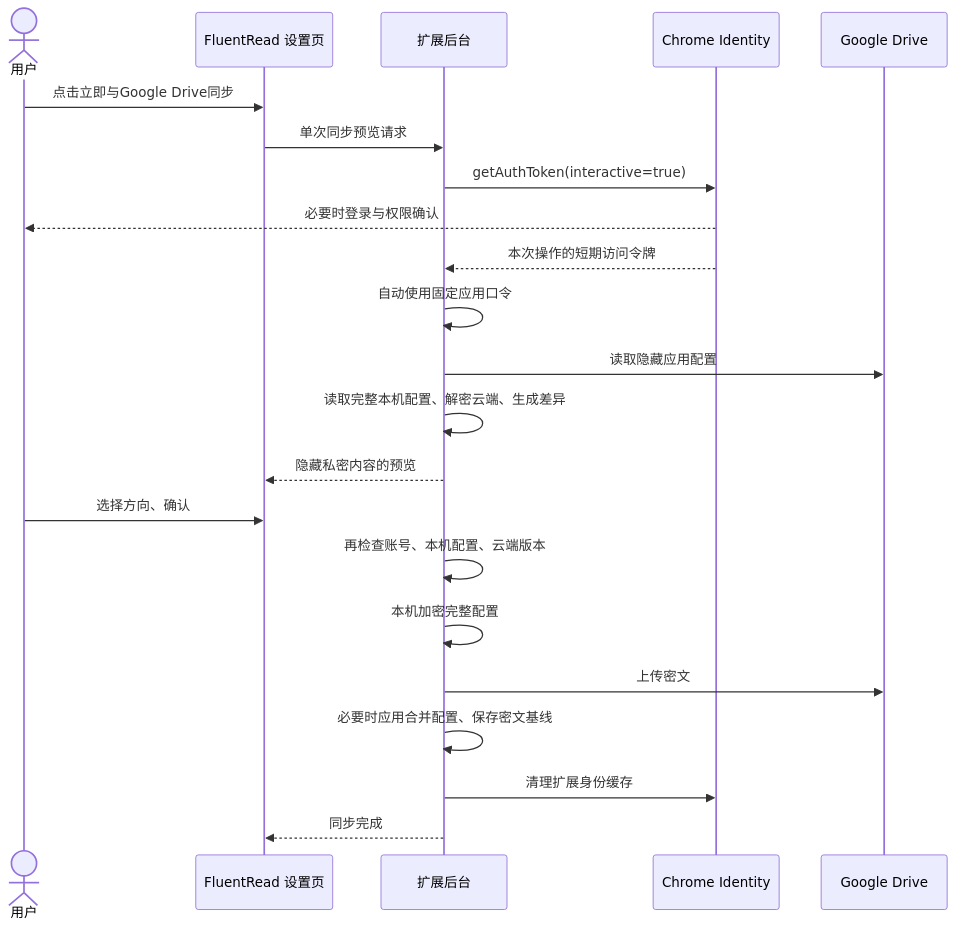
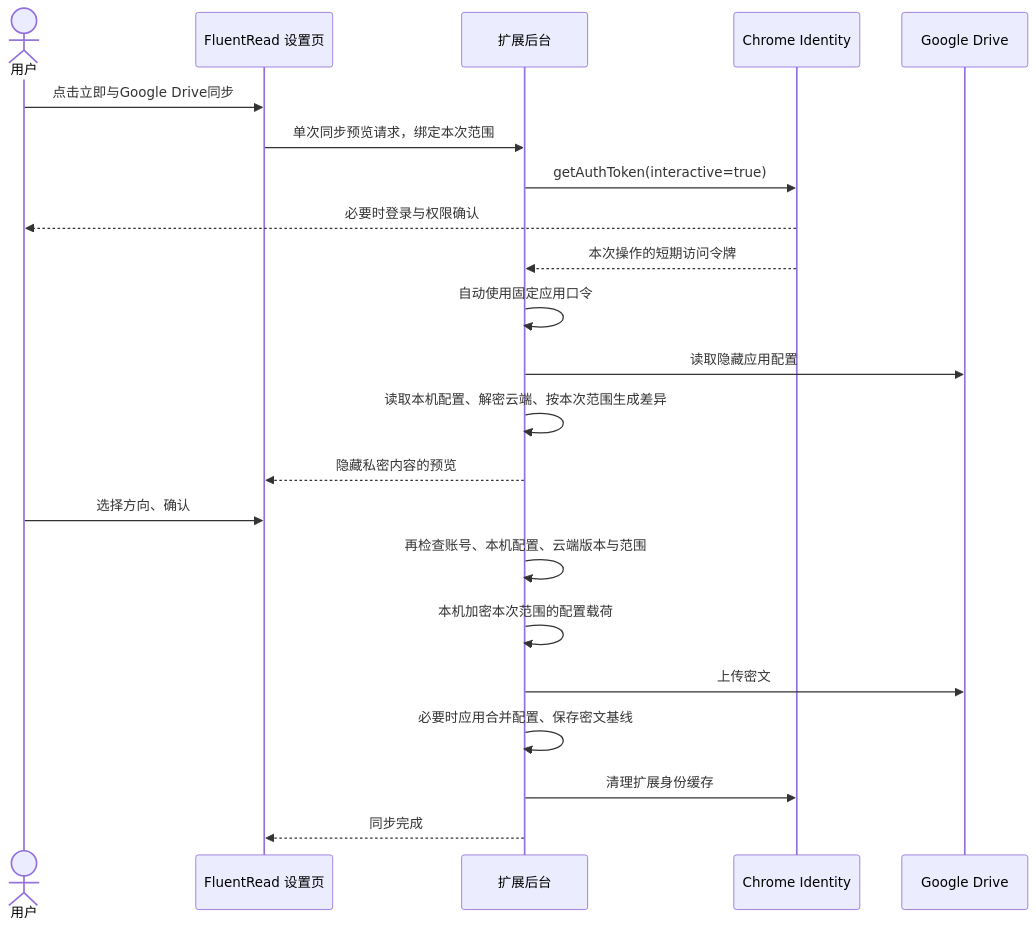
One commit to ArietidsZ/FluentRead changed the first of 4 diagrams in docs/maintainers/google-drive-sync-guide.md. Above: the diagram before and after it, drawn with Mermaid. The commit also changed other lines of this file and 38 other files, not shown here.

````diff
--- a/docs/maintainers/google-drive-sync-guide.md
+++ b/docs/maintainers/google-drive-sync-guide.md
@@ -39,24 +58,24 @@
 ```mermaid
 sequenceDiagram
     actor U as 用户
     participant S as FluentRead 设置页
     participant B as 扩展后台
     participant C as Chrome Identity
     participant G as Google Drive
     U->>S: 点击立即与Google Drive同步
-    S->>B: 单次同步预览请求
+    S->>B: 单次同步预览请求，绑定本次范围
     B->>C: getAuthToken(interactive=true)
     C-->>U: 必要时登录与权限确认
     C-->>B: 本次操作的短期访问令牌
     B->>B: 自动使用固定应用口令
     B->>G: 读取隐藏应用配置
-    B->>B: 读取完整本机配置、解密云端、生成差异
+    B->>B: 读取本机配置、解密云端、按本次范围生成差异
     B-->>S: 隐藏私密内容的预览
     U->>S: 选择方向、确认
-    B->>B: 再检查账号、本机配置、云端版本
-    B->>B: 本机加密完整配置
+    B->>B: 再检查账号、本机配置、云端版本与范围
+    B->>B: 本机加密本次范围的配置载荷
     B->>G: 上传密文
     B->>B: 必要时应用合并配置、保存密文基线
     B->>C: 清理扩展身份缓存
     B-->>S: 同步完成
 ```
````
